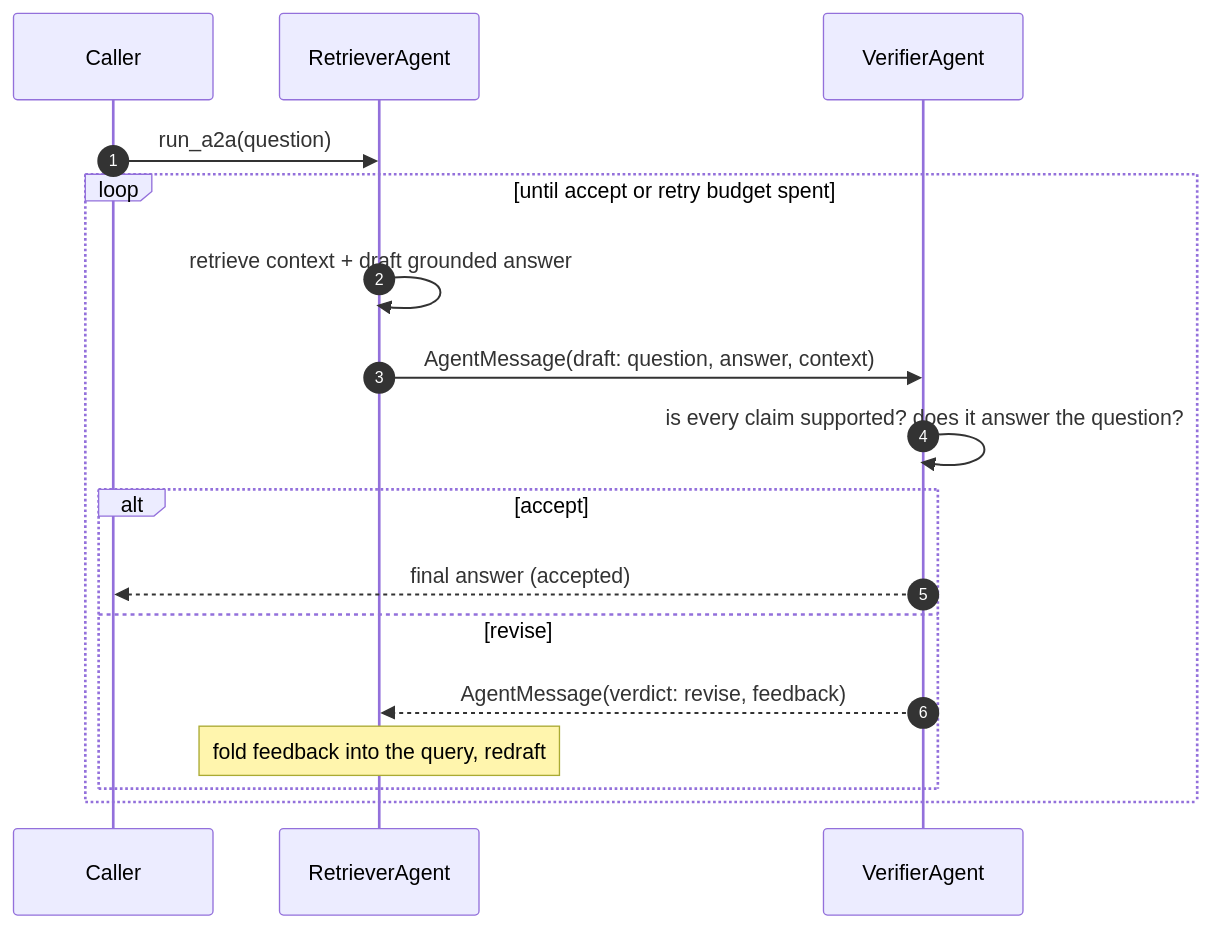
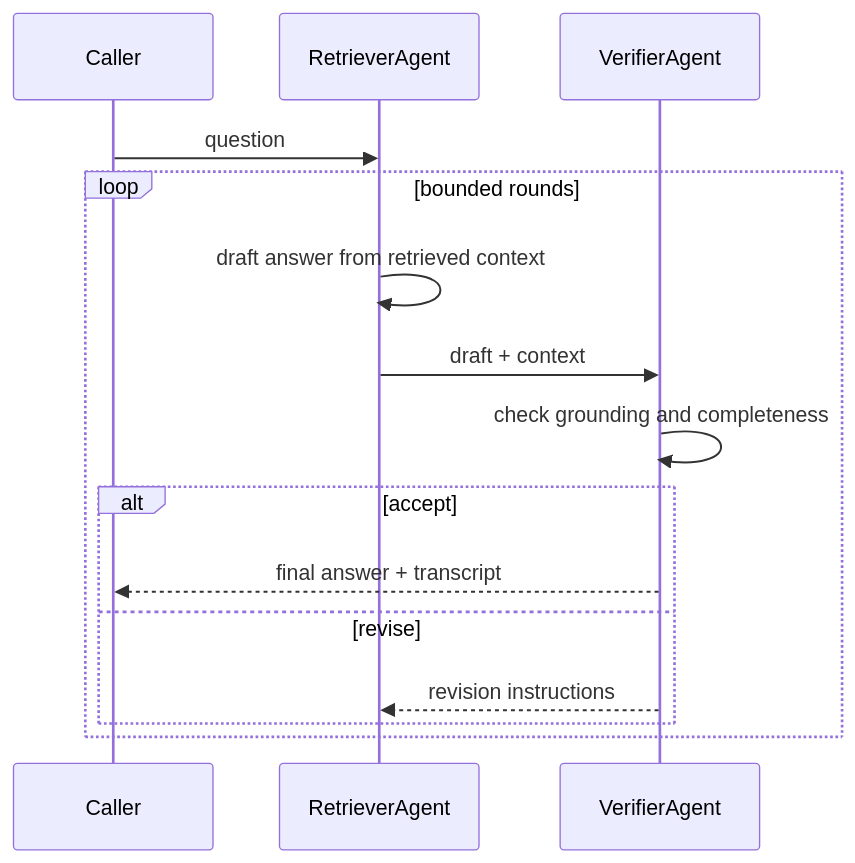
One commit to Amith-Ganta/multimodal-rag-guardrails changed the third of 3 diagrams in README.md. Above: the diagram before and after it, drawn with Mermaid. The commit also changed other lines of this file and 1 other file, not shown here.

````diff
--- a/README.md
+++ b/README.md
@@ -163,20 +101,18 @@
 ```mermaid
 sequenceDiagram
-    autonumber
-    participant U as Caller
-    participant RA as RetrieverAgent
-    participant VA as VerifierAgent
+    participant Caller
+    participant Retriever as RetrieverAgent
+    participant Verifier as VerifierAgent
 
-    U->>RA: run_a2a(question)
-    loop until accept or retry budget spent
-        RA->>RA: retrieve context + draft grounded answer
-        RA->>VA: AgentMessage(draft: question, answer, context)
-        VA->>VA: is every claim supported? does it answer the question?
+    Caller->>Retriever: question
+    loop bounded rounds
+        Retriever->>Retriever: draft answer from retrieved context
+        Retriever->>Verifier: draft + context
+        Verifier->>Verifier: check grounding and completeness
         alt accept
-            VA-->>U: final answer (accepted)
+            Verifier-->>Caller: final answer + transcript
         else revise
-            VA-->>RA: AgentMessage(verdict: revise, feedback)
-            Note over RA: fold feedback into the query, redraft
+            Verifier-->>Retriever: revision instructions
         end
     end
 ```
````
